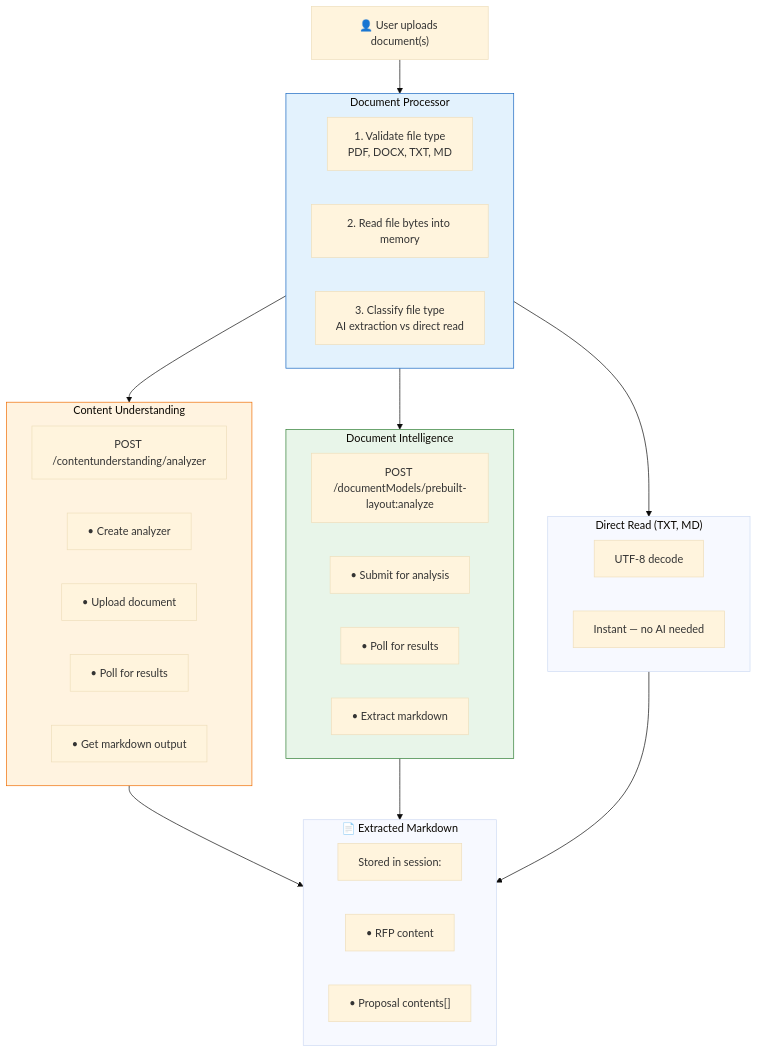
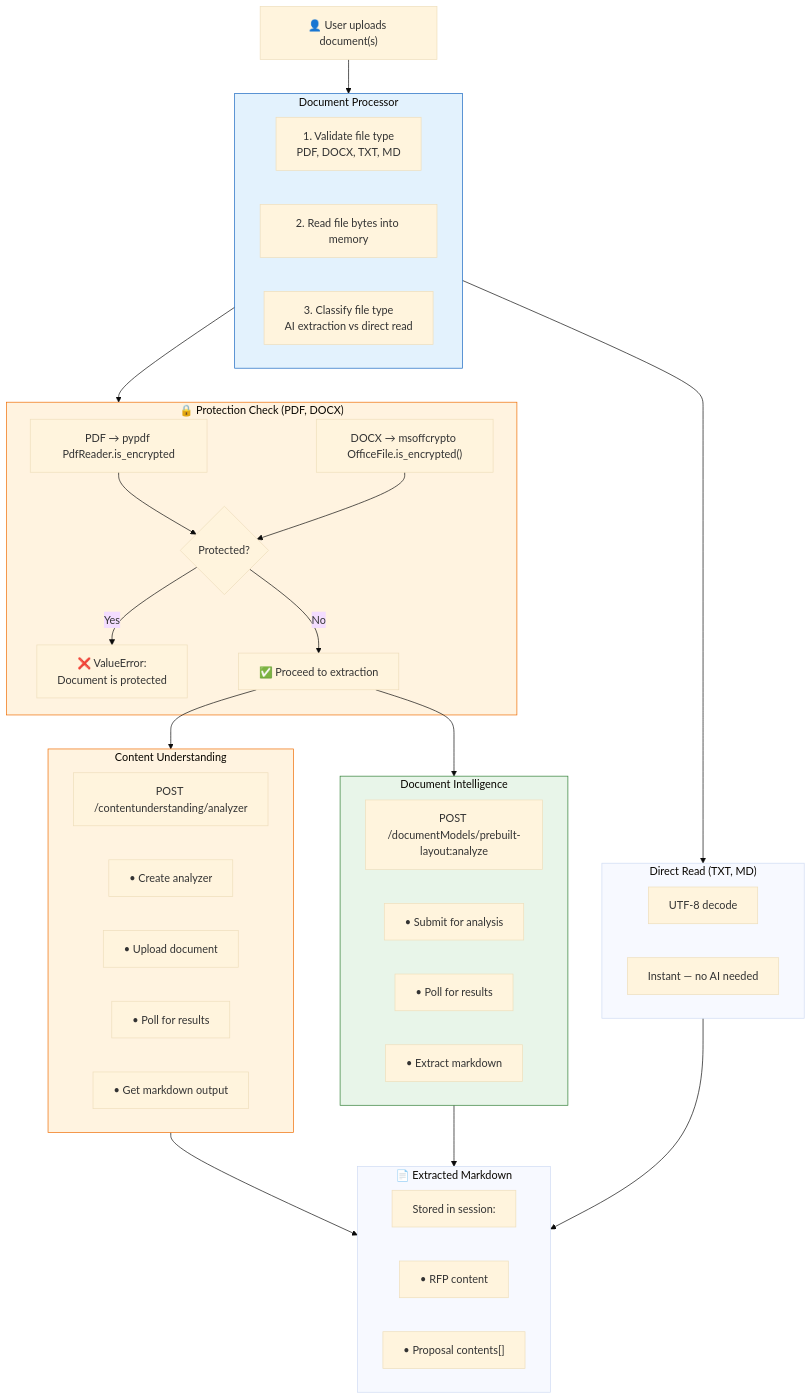
Before and after one commit to amgdy/rfp-analyzer: diagram 11 of 25 in docs/ARCHITECTURE.md, drawn with Mermaid (base theme). The commit also changed other lines of this file and 5 other files, not shown here.

First line of the commit message:
docs: update README, CHANGELOG, ARCHITECTURE for v0.3.0 release

````diff
--- a/docs/ARCHITECTURE.md
+++ b/docs/ARCHITECTURE.md
@@ -425,46 +425,59 @@
 ```mermaid
 flowchart TB
     Upload["👤 User uploads document(s)"]
     
     subgraph DocProc["Document Processor"]
         V["1. Validate file type<br>PDF, DOCX, TXT, MD"]
         R["2. Read file bytes into memory"]
         S["3. Classify file type<br>AI extraction vs direct read"]
     end
     
     Upload --> DocProc
     
-    DocProc --> CU & DI & TextRead
+    DocProc --> TextRead & ProtCheck
     
     subgraph TextRead["Direct Read (TXT, MD)"]
         TR1["UTF-8 decode"]
         TR2["Instant — no AI needed"]
     end
+    
+    subgraph ProtCheck["🔒 Protection Check (PDF, DOCX)"]
+        PC1["PDF → pypdf PdfReader.is_encrypted"]
+        PC2["DOCX → msoffcrypto OfficeFile.is_encrypted()"]
+        PC3{"Protected?"}
+        PC1 --> PC3
+        PC2 --> PC3
+        PC3 -- Yes --> Err["❌ ValueError:<br>Document is protected"]
+        PC3 -- No --> OK["✅ Proceed to extraction"]
+    end
+    
+    OK --> CU & DI
     
     subgraph CU["Content Understanding"]
         CU1["POST /contentunderstanding/analyzer"]
         CU2["• Create analyzer"]
         CU3["• Upload document"]
         CU4["• Poll for results"]
         CU5["• Get markdown output"]
     end
     
     subgraph DI["Document Intelligence"]
         DI1["POST /documentModels/prebuilt-layout:analyze"]
         DI2["• Submit for analysis"]
         DI3["• Poll for results"]
         DI4["• Extract markdown"]
     end
     
     CU & DI & TextRead --> Output
     
     subgraph Output["📄 Extracted Markdown"]
         O1["Stored in session:"]
         O2["• RFP content"]
         O3["• Proposal contents[]"]
     end
     
     style DocProc fill:#e3f2fd,stroke:#1565c0
+    style ProtCheck fill:#fff3e0,stroke:#ef6c00
     style CU fill:#fff3e0,stroke:#ef6c00
     style DI fill:#e8f5e9,stroke:#2e7d32
 ```
````
